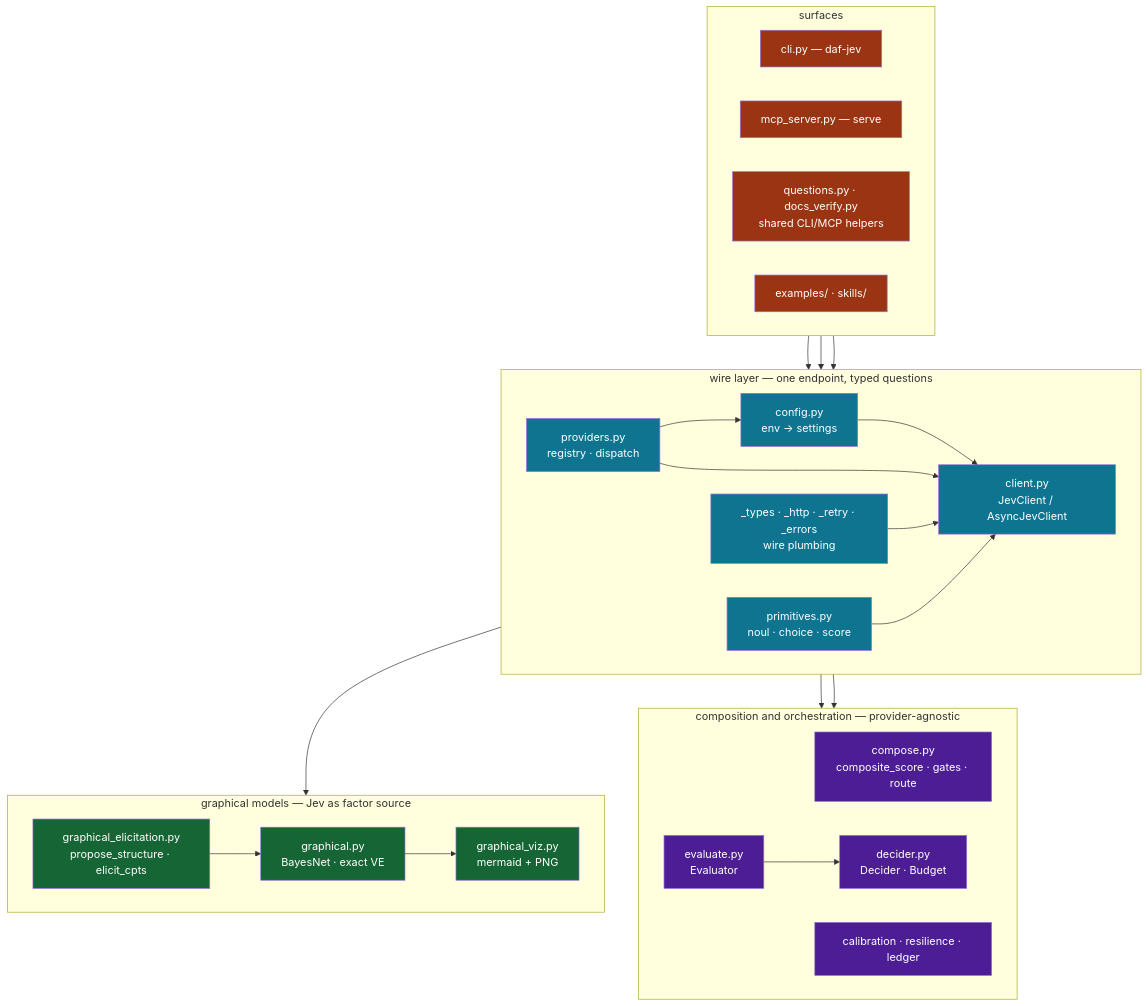
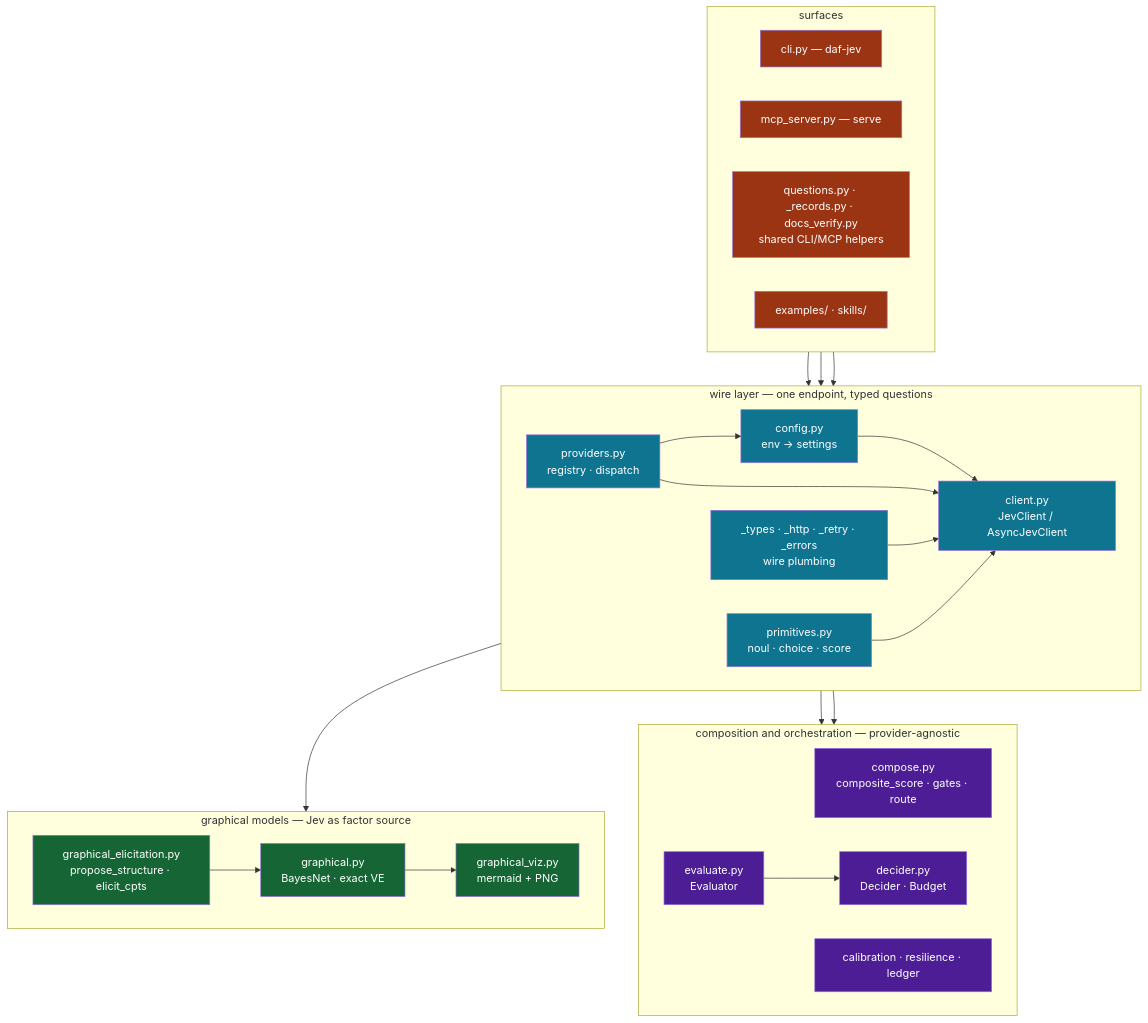
The first of 5 diagrams in README.md (docxology/daf-jev), drawn with Mermaid before and after one commit. The commit also changed other lines of this file and 8 other files, not shown here.

First line of the commit message:
refactor: share CLI and MCP scientific records

````diff
--- a/README.md
+++ b/README.md
@@ -112,54 +112,54 @@
 ```mermaid
 flowchart TB
     subgraph wire["wire layer — one endpoint, typed questions"]
         direction LR
         PRV["primitives.py<br/>noul · choice · score"]
         PR["providers.py<br/>registry · dispatch"]
         CF["config.py<br/>env → settings"]
         CL["client.py<br/>JevClient / AsyncJevClient"]
         SUP["_types · _http · _retry · _errors<br/>wire plumbing"]
         PR --> CF
         CF --> CL
         PR --> CL
         SUP --> CL
     end
     subgraph pure["composition and orchestration — provider-agnostic"]
         direction LR
         CP["compose.py<br/>composite_score · gates · route"]
         EV["evaluate.py<br/>Evaluator"]
         DC["decider.py<br/>Decider · Budget"]
         CB["calibration · resilience · ledger"]
     end
     subgraph gfx["graphical models — Jev as factor source"]
         direction LR
         GE["graphical_elicitation.py<br/>propose_structure · elicit_cpts"]
         GA["graphical.py<br/>BayesNet · exact VE"]
         GV["graphical_viz.py<br/>mermaid + PNG"]
     end
     subgraph surf["surfaces"]
         direction LR
         CI["cli.py — daf-jev"]
         MC["mcp_server.py — serve"]
-        QU["questions.py · docs_verify.py<br/>shared CLI/MCP helpers"]
+        QU["questions.py · _records.py · docs_verify.py<br/>shared CLI/MCP helpers"]
         EX["examples/ · skills/"]
     end
     PRV --> CL
     CL --> CP
     CL --> EV
     EV --> DC
     CL --> GE
     GE --> GA
     GA --> GV
     CI --> CL
     MC --> CL
     EX --> CL
 
     classDef wire fill:#0e7490,color:#fff;
     classDef pure fill:#4c1d95,color:#fff;
     classDef gfx fill:#166534,color:#fff;
     classDef surf fill:#9a3412,color:#fff;
     class PR,CF,CL,SUP,PRV wire;
     class CP,EV,DC,CB pure;
     class GE,GA,GV gfx;
     class CI,MC,QU,EX surf;
 ```
````
